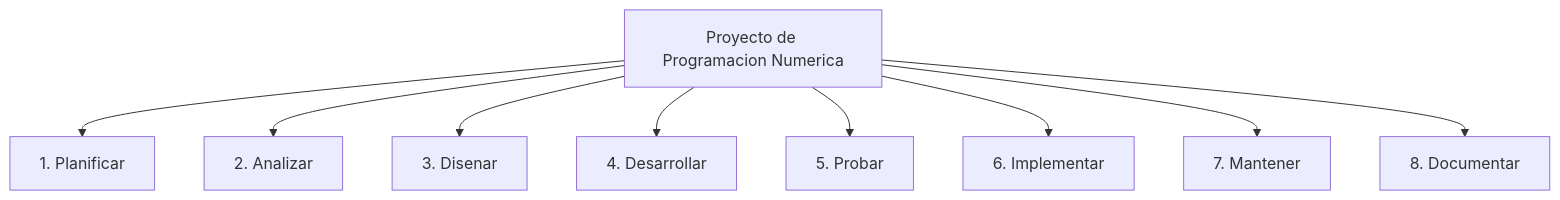
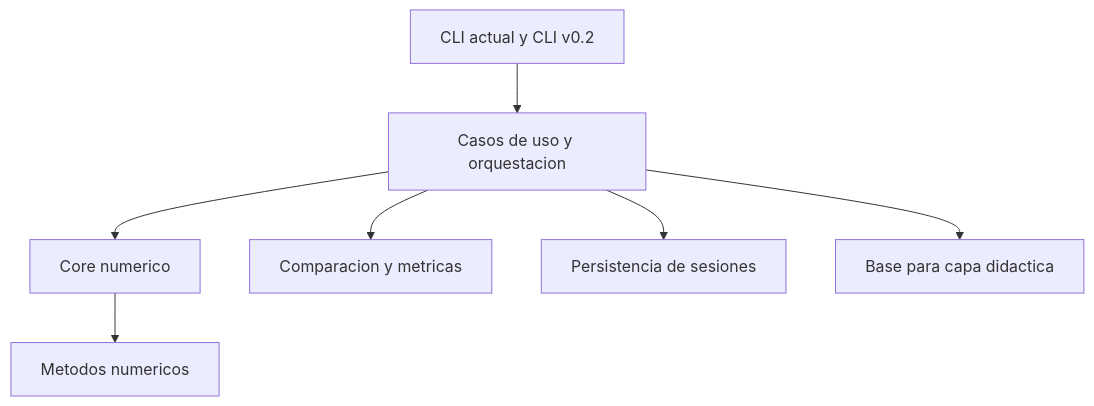
The first of 5 diagrams in README.md (jjcuello/Programacion-numerica), drawn with Mermaid before and after one commit. The commit also changed other lines of this file, not shown here.

Commit message:
docs: update README project roadmap

````diff
--- a/README.md
+++ b/README.md
@@ -62,11 +127,9 @@
 ```mermaid
 flowchart TD
-  ROOT[Proyecto de Programacion Numerica] --> P1[1. Planificar]
-  ROOT --> P2[2. Analizar]
-  ROOT --> P3[3. Disenar]
-  ROOT --> P4[4. Desarrollar]
-  ROOT --> P5[5. Probar]
-  ROOT --> P6[6. Implementar]
-  ROOT --> P7[7. Mantener]
-  ROOT --> P8[8. Documentar]
+    CLI[CLI actual y CLI v0.2] --> USE[Casos de uso y orquestacion]
+    USE --> CORE[Core numerico]
+    CORE --> METHODS[Metodos numericos]
+    USE --> ANALYSIS[Comparacion y metricas]
+    USE --> STORE[Persistencia de sesiones]
+    USE --> TUTOR[Base para capa didactica]
 ```
````
